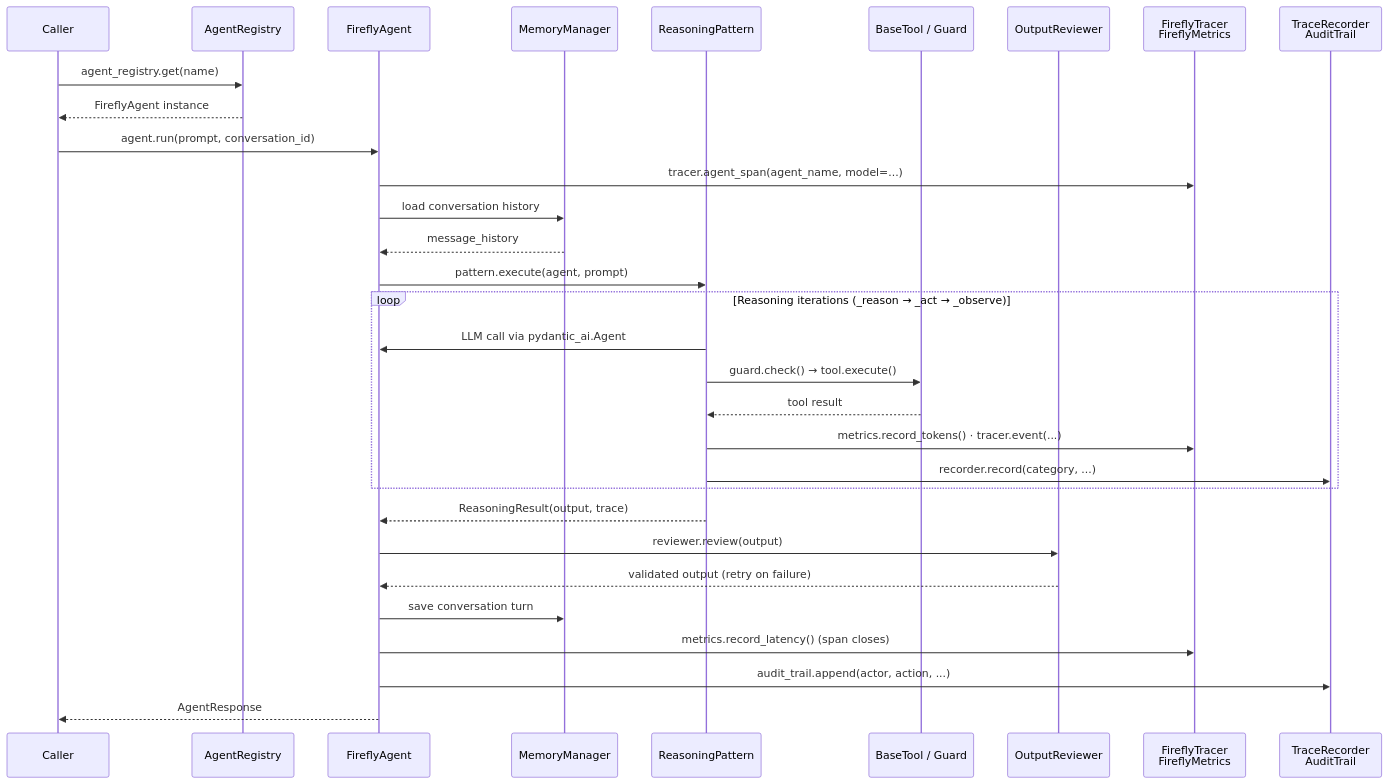
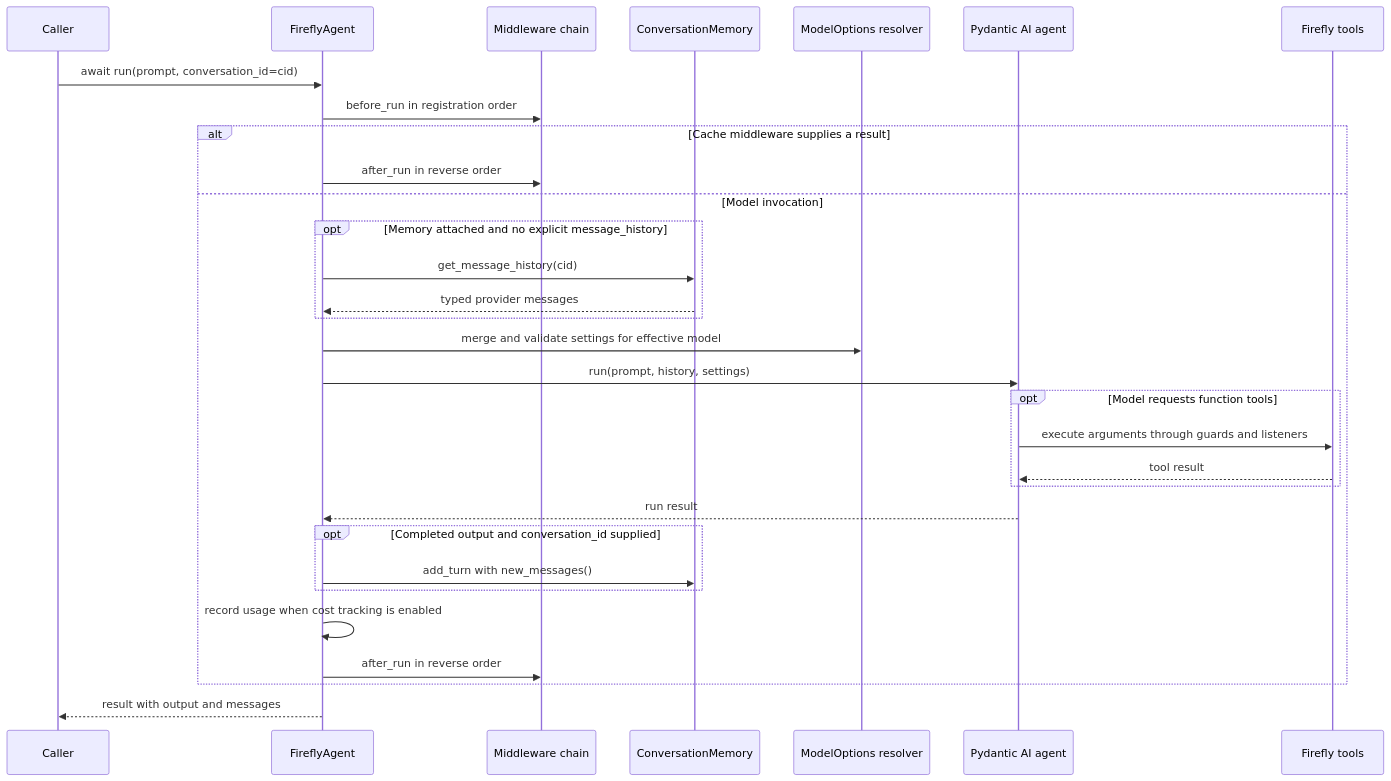
Before and after one commit to fireflyframework/fireflyframework-agentic: the third of 7 diagrams in docs/architecture.md, drawn with Mermaid. The commit also changed other lines of this file and 49 other files, not shown here.

Commit message:
Align diagrams and guides with framework behavior

````diff
--- a/docs/architecture.md
+++ b/docs/architecture.md
@@ -415,34 +349,34 @@
 ```mermaid
 sequenceDiagram
     participant Caller
-    participant Reg as AgentRegistry
     participant Agent as FireflyAgent
-    participant Mem as MemoryManager
-    participant Reason as ReasoningPattern
-    participant Tool as BaseTool / Guard
-    participant Val as OutputReviewer
-    participant OBS as FireflyTracer<br/>FireflyMetrics
-    participant EXPL as TraceRecorder<br/>AuditTrail
+    participant MW as Middleware chain
+    participant Memory as ConversationMemory
+    participant Options as ModelOptions resolver
+    participant PAI as Pydantic AI agent
+    participant Tools as Firefly tools
 
-    Caller->>Reg: agent_registry.get(name)
-    Reg-->>Caller: FireflyAgent instance
-    Caller->>Agent: agent.run(prompt, conversation_id)
-    Agent->>OBS: tracer.agent_span(agent_name, model=...)
-    Agent->>Mem: load conversation history
-    Mem-->>Agent: message_history
-    Agent->>Reason: pattern.execute(agent, prompt)
-    loop Reasoning iterations (_reason → _act → _observe)
-        Reason->>Agent: LLM call via pydantic_ai.Agent
-        Reason->>Tool: guard.check() → tool.execute()
-        Tool-->>Reason: tool result
-        Reason->>OBS: metrics.record_tokens() · tracer.event(...)
-        Reason->>EXPL: recorder.record(category, ...)
+    Caller->>Agent: await run(prompt, conversation_id=cid)
+    Agent->>MW: before_run in registration order
+    alt Cache middleware supplies a result
+        Agent->>MW: after_run in reverse order
+    else Model invocation
+        opt Memory attached and no explicit message_history
+            Agent->>Memory: get_message_history(cid)
+            Memory-->>Agent: typed provider messages
+        end
+        Agent->>Options: merge and validate settings for effective model
+        Agent->>PAI: run(prompt, history, settings)
+        opt Model requests function tools
+            PAI->>Tools: execute arguments through guards and listeners
+            Tools-->>PAI: tool result
+        end
+        PAI-->>Agent: run result
+        opt Completed output and conversation_id supplied
+            Agent->>Memory: add_turn with new_messages()
+        end
+        Agent->>Agent: record usage when cost tracking is enabled
+        Agent->>MW: after_run in reverse order
     end
-    Reason-->>Agent: ReasoningResult(output, trace)
-    Agent->>Val: reviewer.review(output)
-    Val-->>Agent: validated output (retry on failure)
-    Agent->>Mem: save conversation turn
-    Agent->>OBS: metrics.record_latency() (span closes)
-    Agent->>EXPL: audit_trail.append(actor, action, ...)
-    Agent-->>Caller: AgentResponse
+    Agent-->>Caller: result with output and messages
 ```
````
